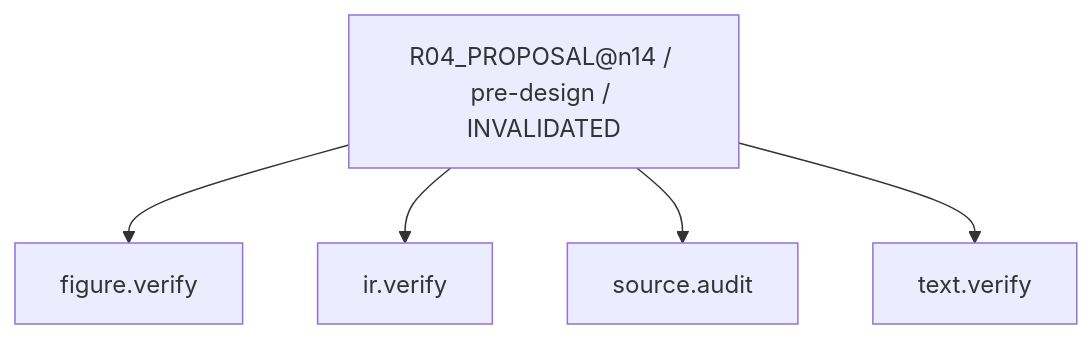
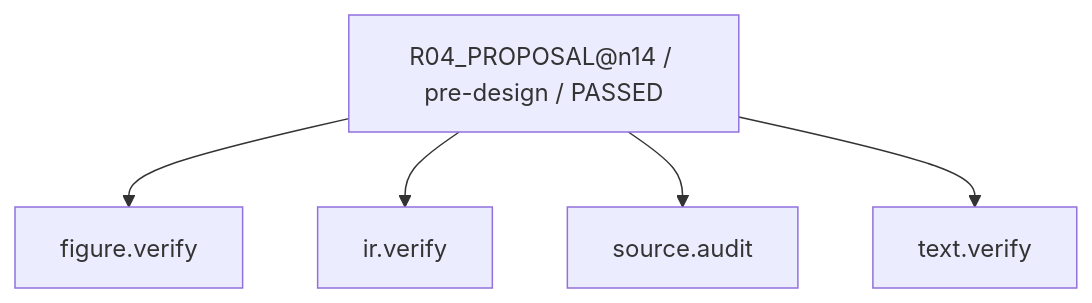
Before and after one commit to rrikunagasige-dot/kyotsu-step-web: diagram 14 of 28 in work/items/W-MATH-048-n1314-source-audit/generated/CAPABILITY_FIRE_DIAGRAM.md, drawn with Mermaid. The commit also changed other lines of this file and 295 other files, not shown here.

````diff
--- a/work/items/W-MATH-048-n1314-source-audit/generated/CAPABILITY_FIRE_DIAGRAM.md
+++ b/work/items/W-MATH-048-n1314-source-audit/generated/CAPABILITY_FIRE_DIAGRAM.md
@@ -218,12 +218,12 @@
 ```mermaid
 flowchart TD
-  N0["R04_PROPOSAL@n14 / pre-design / INVALIDATED"]
+  N0["R04_PROPOSAL@n14 / pre-design / PASSED"]
   N1["text.verify"]
   N2["figure.verify"]
   N3["ir.verify"]
   N4["source.audit"]
   N0 --> N2
   N0 --> N3
   N0 --> N4
   N0 --> N1
 ```
````
